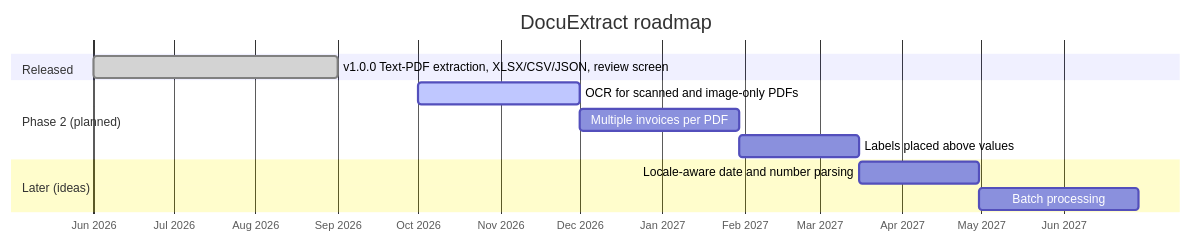
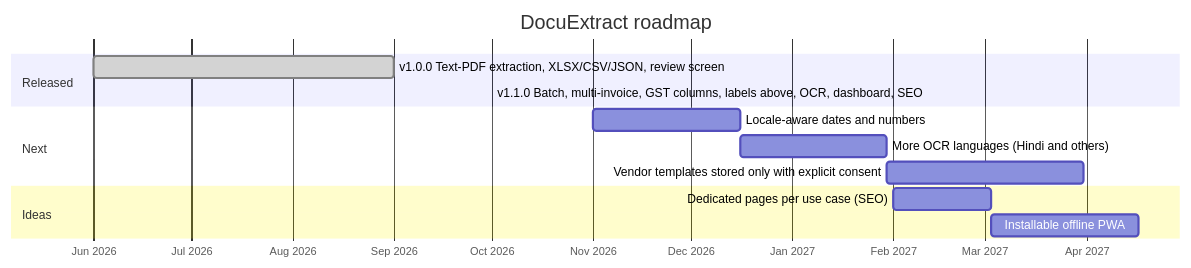
One commit to MANayab/DocuExtract changed the seventh of 7 diagrams in README.md. Above: the diagram before and after it, drawn with Mermaid. The commit also changed other lines of this file and 89 other files, not shown here.

Commit message:
feat: v1.1.0 batch dashboard, OCR, multi-invoice PDFs, GST columns, SEO

````diff
--- a/README.md
+++ b/README.md
@@ -302,15 +329,16 @@
 ```mermaid
 gantt
     title DocuExtract roadmap
     dateFormat  YYYY-MM
     axisFormat  %b %Y
     section Released
     v1.0.0 Text-PDF extraction, XLSX/CSV/JSON, review screen :done, v1, 2026-06, 2026-09
-    section Phase 2 (planned)
-    OCR for scanned and image-only PDFs                       :active, ocr, 2026-10, 2026-12
-    Multiple invoices per PDF                                 :multi, after ocr, 60d
-    Labels placed above values                                :layout, after multi, 45d
-    section Later (ideas)
-    Locale-aware date and number parsing                      :loc, after layout, 45d
-    Batch processing                                          :batch, after loc, 60d
+    v1.1.0 Batch, multi-invoice, GST columns, labels above, OCR, dashboard, SEO :done, v11, 2026-10, 2026-10
+    section Next
+    Locale-aware dates and numbers                           :loc, 2026-11, 45d
+    More OCR languages (Hindi and others)                    :lang, after loc, 45d
+    Vendor templates stored only with explicit consent       :tpl, after lang, 60d
+    section Ideas
+    Dedicated pages per use case (SEO)                       :seo, 2027-02, 30d
+    Installable offline PWA                                  :pwa, after seo, 45d
 ```
````
